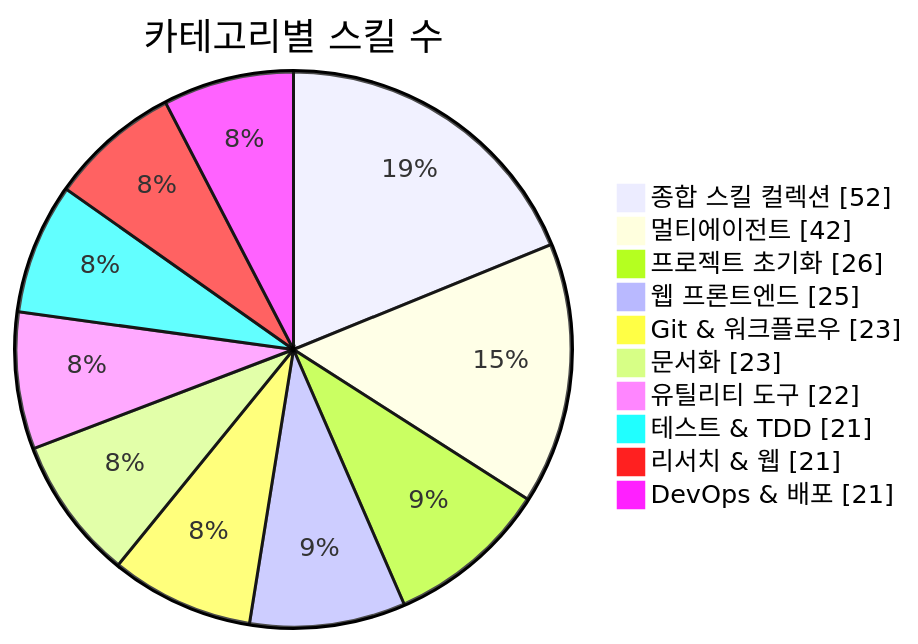
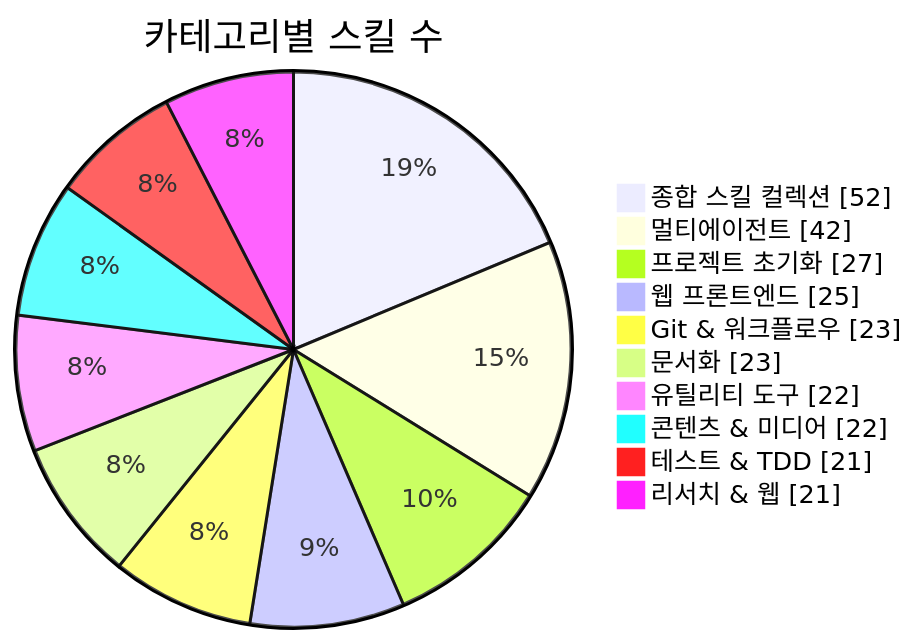
The first of 3 diagrams in README.md (J-nowcow/awesome-korean-agent-skills), drawn with Mermaid before and after one commit. The commit also changed other lines of this file and 5 other files, not shown here.

````diff
--- a/README.md
+++ b/README.md
@@ -176,14 +176,14 @@
 ```mermaid
 pie showData
     title 카테고리별 스킬 수
     "종합 스킬 컬렉션" : 52
     "멀티에이전트" : 42
-    "프로젝트 초기화" : 26
+    "프로젝트 초기화" : 27
     "웹 프론트엔드" : 25
     "Git & 워크플로우" : 23
     "문서화" : 23
     "유틸리티 도구" : 22
+    "콘텐츠 & 미디어" : 22
     "테스트 & TDD" : 21
     "리서치 & 웹" : 21
-    "DevOps & 배포" : 21
 ```
````
